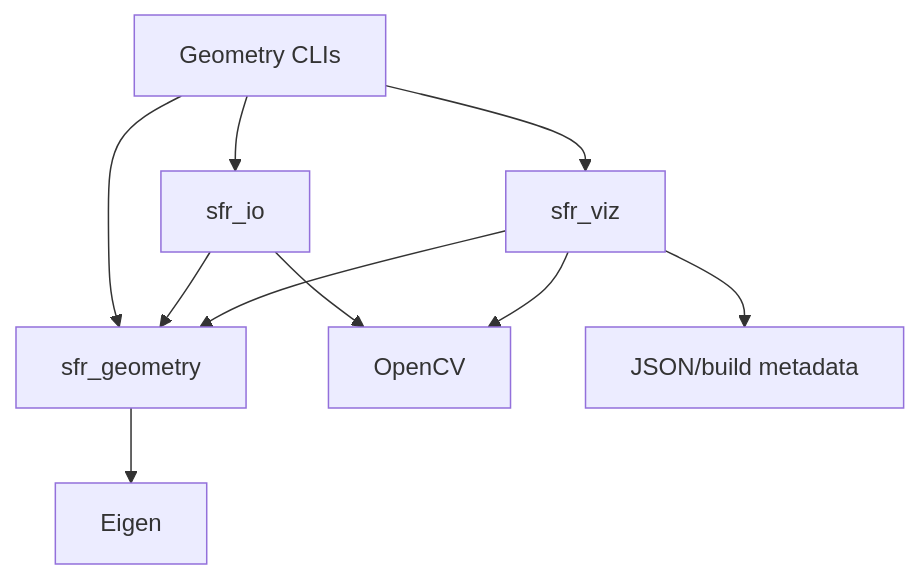
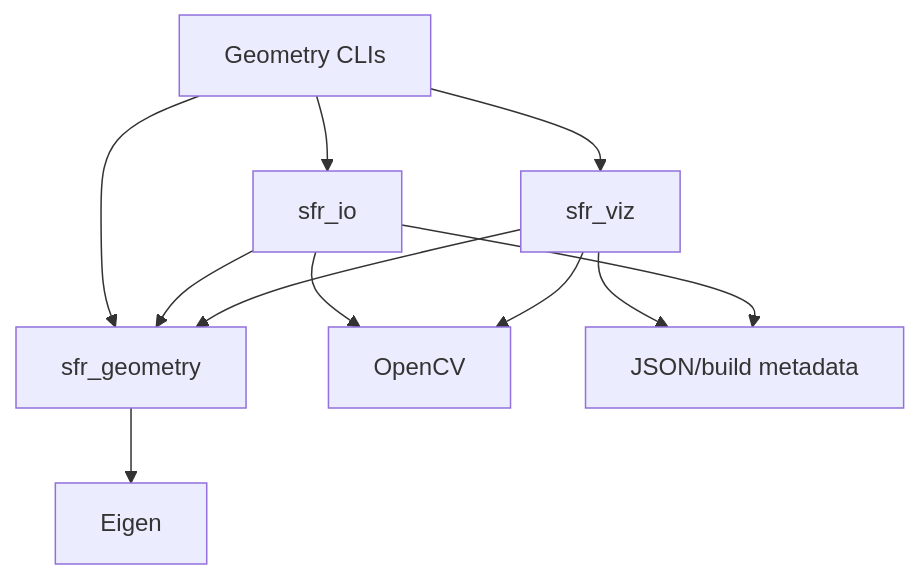
Before and after one commit to WeiHanTu/sensor-fusion-replay-cpp: the second of 3 diagrams in docs/architecture.md, drawn with Mermaid. The commit also changed other lines of this file and 22 other files, not shown here.

````diff
--- a/docs/architecture.md
+++ b/docs/architecture.md
@@ -44,12 +50,13 @@
 ```mermaid
 flowchart TD
   A[Geometry CLIs] --> I[sfr_io]
   A --> V[sfr_viz]
   A --> G[sfr_geometry]
   I --> G
   V --> G
   G --> E[Eigen]
   I --> O[OpenCV]
   V --> O
   V --> J[JSON/build metadata]
+  I --> J
 ```
````
